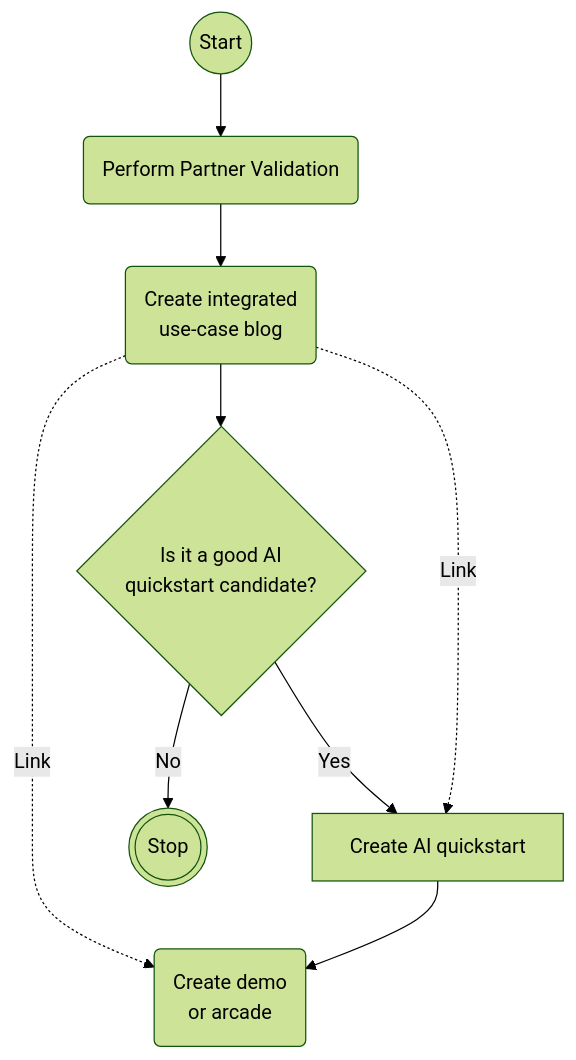
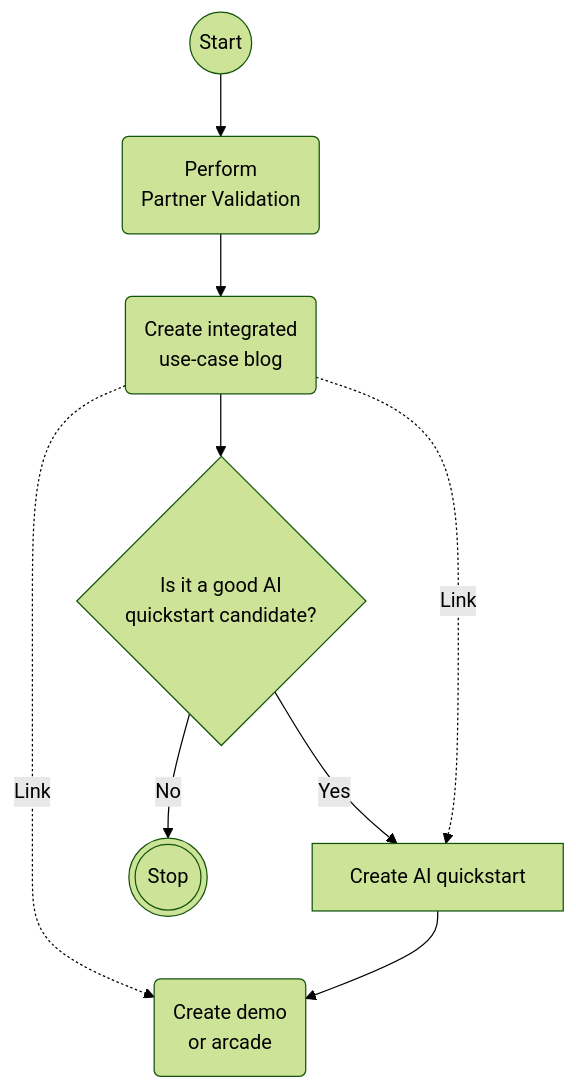
The diagram in README.md (seanmerrow/homelab), drawn with Mermaid (forest theme) before and after one commit.

Commit message:
Update flowchart label for better readability

````diff
--- a/README.md
+++ b/README.md
@@ -3,11 +3,11 @@
 ```mermaid
 flowchart TD
-    S@{ shape: circ, label: "Start" } -->A(Perform Partner Validation)
+    S@{ shape: circ, label: "Start" } -->A("Perform\nPartner Validation")
     A -->B("Create integrated\nuse-case blog")
     B -->C{"Is it a good AI\nquickstart candidate?"}
     B -.->|Link| F
     C -->|Yes| D[Create AI quickstart]
     B -.->|Link| D
     C -->|No| E@{ shape: dbl-circ, label: "Stop" }
     D -->F("Create demo\nor arcade")
 ```
````
